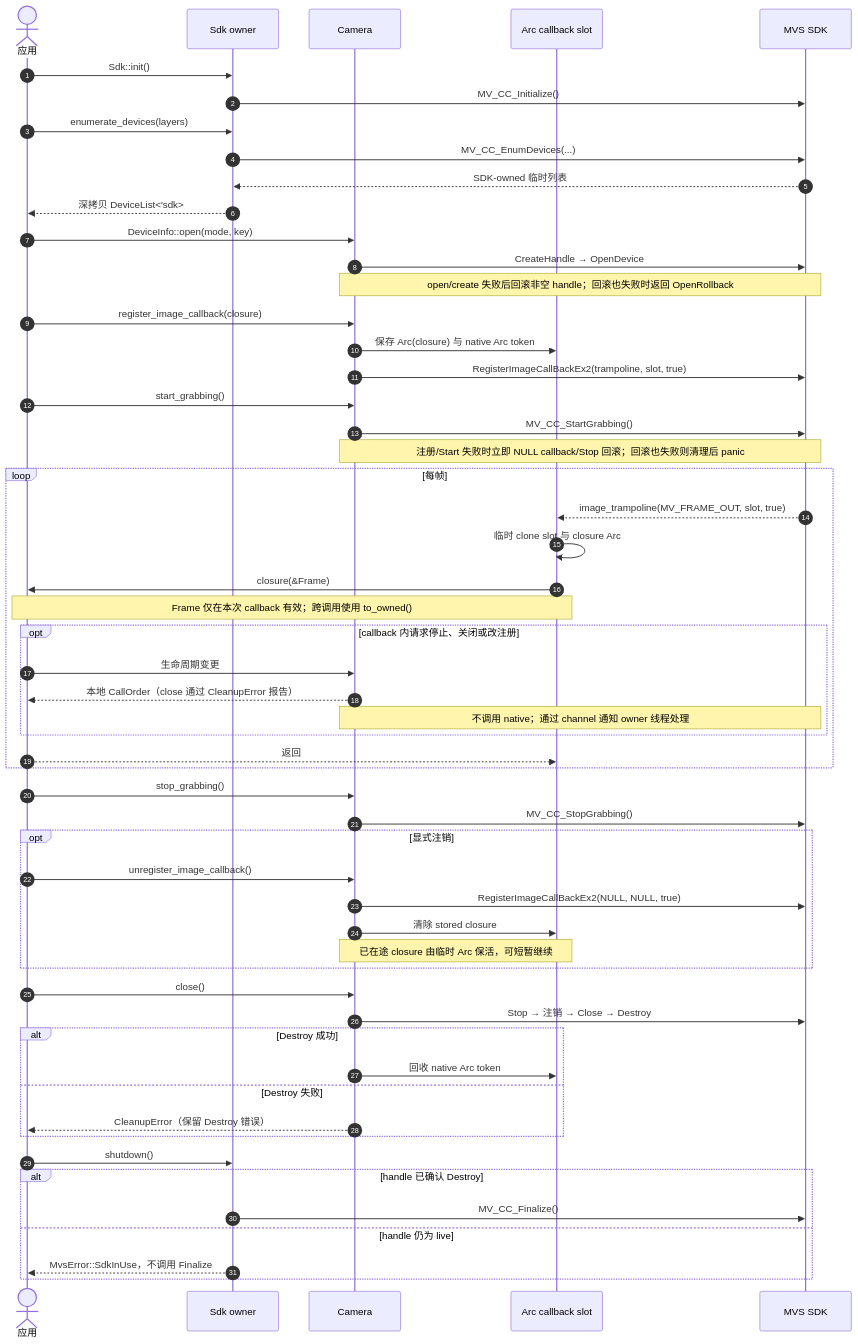
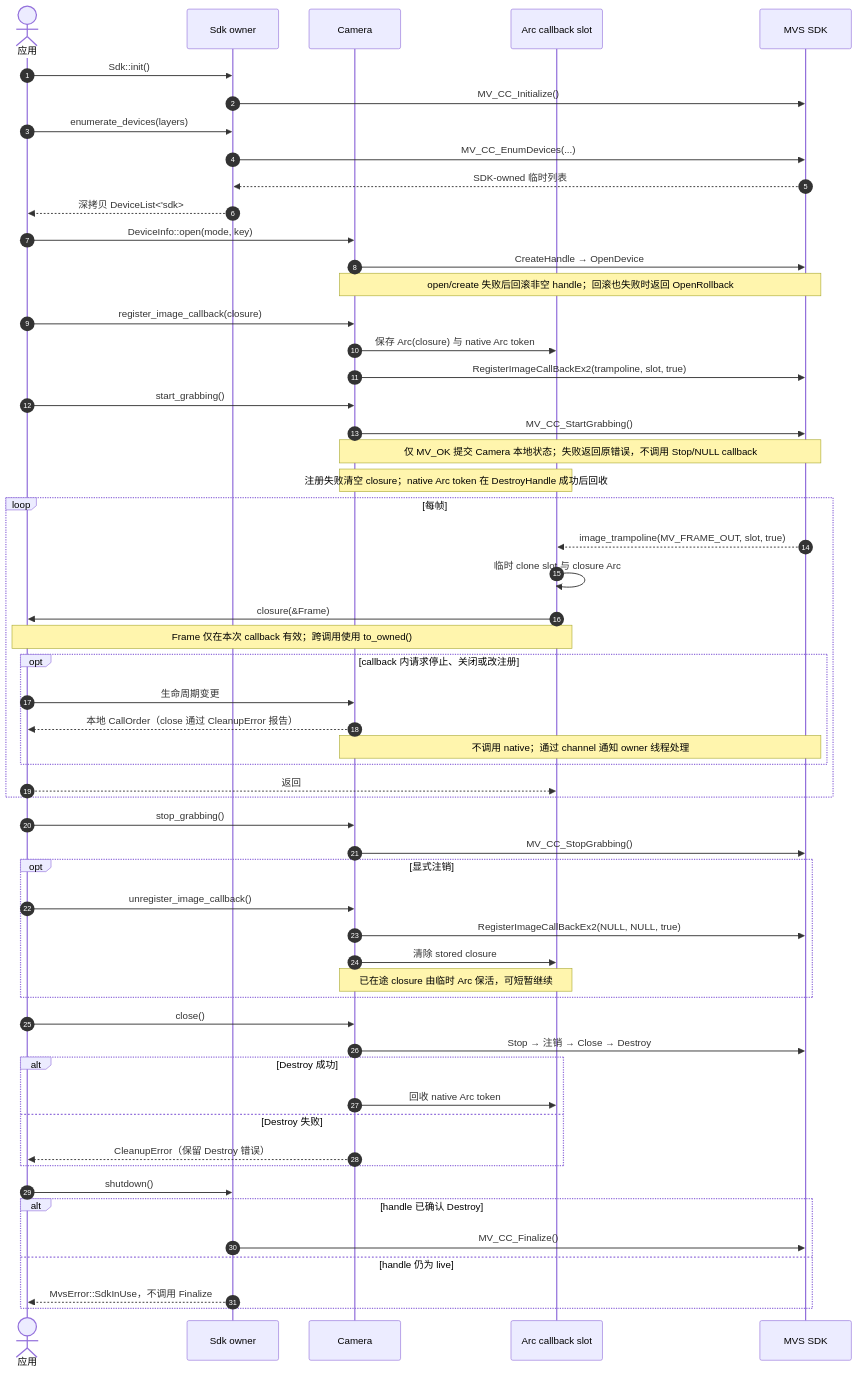
One commit to JSB-Unscarred/mvs-sdk-rs changed the diagram in 时序图/Callback取流.md. Above: the diagram before and after it, drawn with Mermaid. The commit also changed other lines of this file and 3 other files, not shown here.

````diff
--- a/时序图/Callback取流.md
+++ b/时序图/Callback取流.md
@@ -3,62 +3,63 @@
 ```mermaid
 sequenceDiagram
     autonumber
     actor App as 应用
     participant Sdk as Sdk owner
     participant Camera as Camera
     participant Slot as Arc callback slot
     participant Native as MVS SDK
 
     App->>Sdk: Sdk::init()
     Sdk->>Native: MV_CC_Initialize()
     App->>Sdk: enumerate_devices(layers)
     Sdk->>Native: MV_CC_EnumDevices(...)
     Native-->>Sdk: SDK-owned 临时列表
     Sdk-->>App: 深拷贝 DeviceList<'sdk>
 
     App->>Camera: DeviceInfo::open(mode, key)
     Camera->>Native: CreateHandle → OpenDevice
     Note over Camera,Native: open/create 失败后回滚非空 handle；回滚也失败时返回 OpenRollback
     App->>Camera: register_image_callback(closure)
     Camera->>Slot: 保存 Arc(closure) 与 native Arc token
     Camera->>Native: RegisterImageCallBackEx2(trampoline, slot, true)
     App->>Camera: start_grabbing()
     Camera->>Native: MV_CC_StartGrabbing()
-    Note over Camera,Native: 注册/Start 失败时立即 NULL callback/Stop 回滚；回滚也失败则清理后 panic
+    Note over Camera,Native: 仅 MV_OK 提交 Camera 本地状态；失败返回原错误，不调用 Stop/NULL callback
+    Note over Camera,Slot: 注册失败清空 closure；native Arc token 在 DestroyHandle 成功后回收
 
     loop 每帧
         Native-->>Slot: image_trampoline(MV_FRAME_OUT, slot, true)
         Slot->>Slot: 临时 clone slot 与 closure Arc
         Slot->>App: closure(&Frame)
         Note over Slot,App: Frame 仅在本次 callback 有效；跨调用使用 to_owned()
         opt callback 内请求停止、关闭或改注册
             App->>Camera: 生命周期变更
             Camera-->>App: 本地 CallOrder（close 通过 CleanupError 报告）
             Note over Camera,Native: 不调用 native；通过 channel 通知 owner 线程处理
         end
         App-->>Slot: 返回
     end
 
     App->>Camera: stop_grabbing()
     Camera->>Native: MV_CC_StopGrabbing()
     opt 显式注销
         App->>Camera: unregister_image_callback()
         Camera->>Native: RegisterImageCallBackEx2(NULL, NULL, true)
         Camera->>Slot: 清除 stored closure
         Note over Camera,Slot: 已在途 closure 由临时 Arc 保活，可短暂继续
     end
 
     App->>Camera: close()
     Camera->>Native: Stop → 注销 → Close → Destroy
     alt Destroy 成功
         Camera->>Slot: 回收 native Arc token
     else Destroy 失败
         Camera-->>App: CleanupError（保留 Destroy 错误）
     end
     App->>Sdk: shutdown()
     alt handle 已确认 Destroy
         Sdk->>Native: MV_CC_Finalize()
     else handle 仍为 live
         Sdk-->>App: MvsError::SdkInUse，不调用 Finalize
     end
 ```
````
